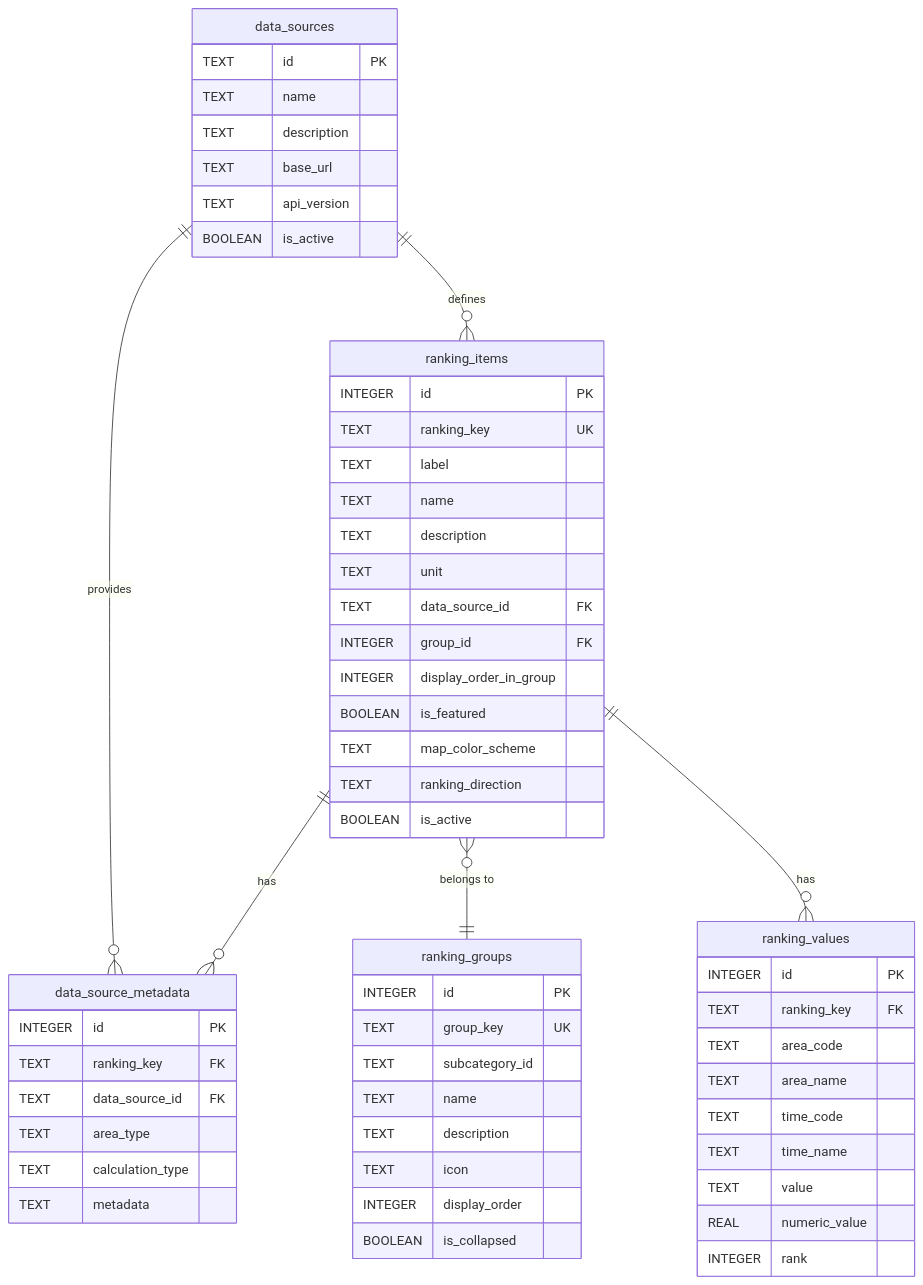
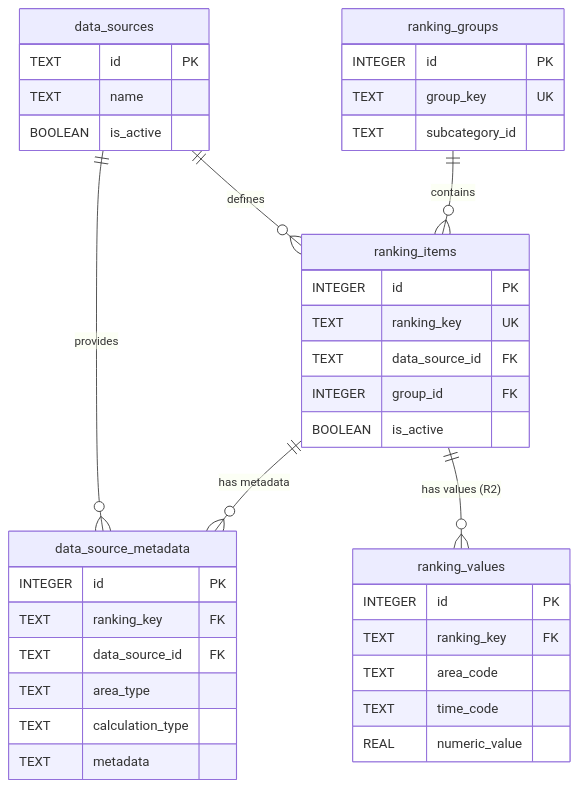
Before and after one commit to uruhayato373/stats47: the third of 3 diagrams in docs/01_技術設計/03_ドメイン設計/10_ranking.md, drawn with Mermaid. The commit also changed other lines of this file, not shown here.

First line of the commit message:
docs: ranking.mdの重複削除と構成改善

````diff
--- a/docs/01_技術設計/03_ドメイン設計/10_ranking.md
+++ b/docs/01_技術設計/03_ドメイン設計/10_ranking.md
@@ -743,65 +454,45 @@
 ```mermaid
 erDiagram
+    data_sources ||--o{ ranking_items : "defines"
     data_sources ||--o{ data_source_metadata : "provides"
-    data_sources ||--o{ ranking_items : "defines"
-    ranking_items ||--o{ data_source_metadata : "has"
-    ranking_items }o--|| ranking_groups : "belongs to"
-    ranking_items ||--o{ ranking_values : "has"
+    ranking_groups ||--o{ ranking_items : "contains"
+    ranking_items ||--o{ data_source_metadata : "has metadata"
+    ranking_items ||--o{ ranking_values : "has values (R2)"
 
     data_sources {
         TEXT id PK
         TEXT name
-        TEXT description
-        TEXT base_url
-        TEXT api_version
         BOOLEAN is_active
     }
 
     ranking_items {
         INTEGER id PK
         TEXT ranking_key UK
-        TEXT label
-        TEXT name
-        TEXT description
-        TEXT unit
         TEXT data_source_id FK
         INTEGER group_id FK
-        INTEGER display_order_in_group
-        BOOLEAN is_featured
-        TEXT map_color_scheme
-        TEXT ranking_direction
         BOOLEAN is_active
+    }
+
+    ranking_groups {
+        INTEGER id PK
+        TEXT group_key UK
+        TEXT subcategory_id
     }
 
     data_source_metadata {
         INTEGER id PK
         TEXT ranking_key FK
         TEXT data_source_id FK
         TEXT area_type
         TEXT calculation_type
         TEXT metadata
     }
 
-    ranking_groups {
-        INTEGER id PK
-        TEXT group_key UK
-        TEXT subcategory_id
-        TEXT name
-        TEXT description
-        TEXT icon
-        INTEGER display_order
-        BOOLEAN is_collapsed
-    }
-
     ranking_values {
         INTEGER id PK
         TEXT ranking_key FK
         TEXT area_code
-        TEXT area_name
         TEXT time_code
-        TEXT time_name
-        TEXT value
         REAL numeric_value
-        INTEGER rank
     }
 ```
````
